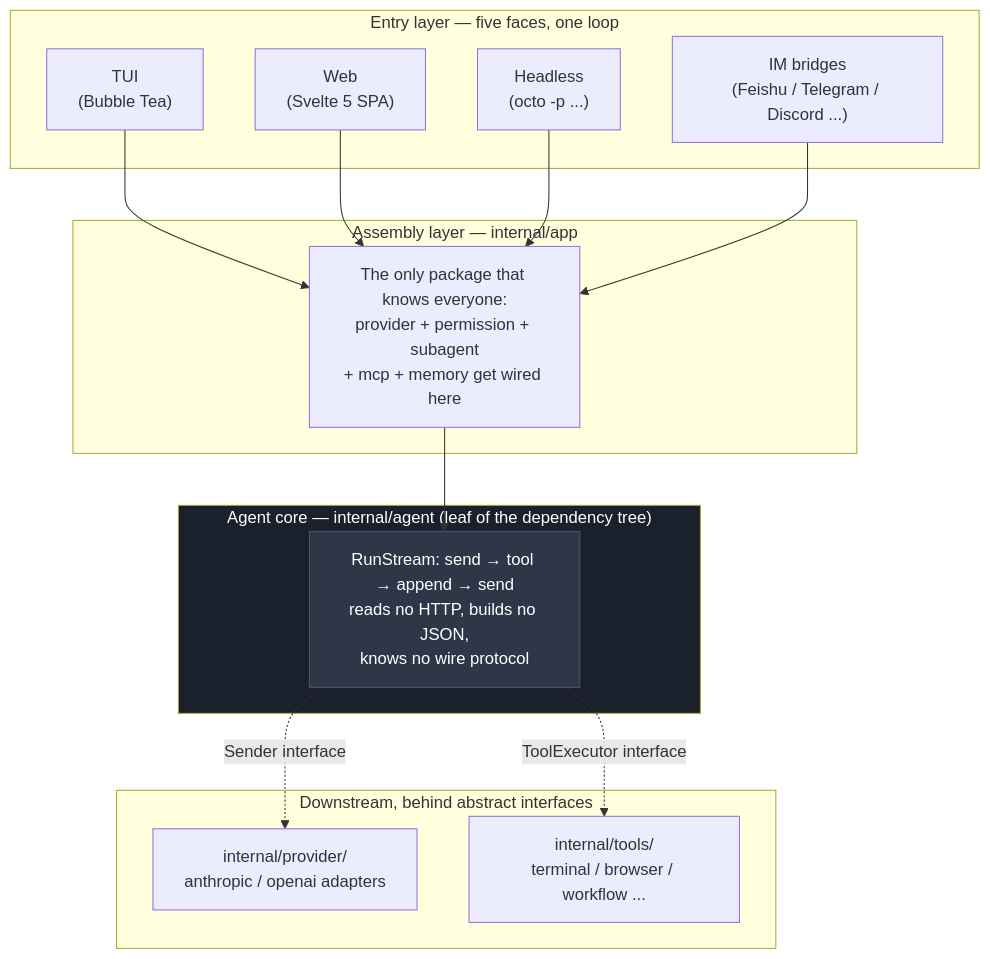
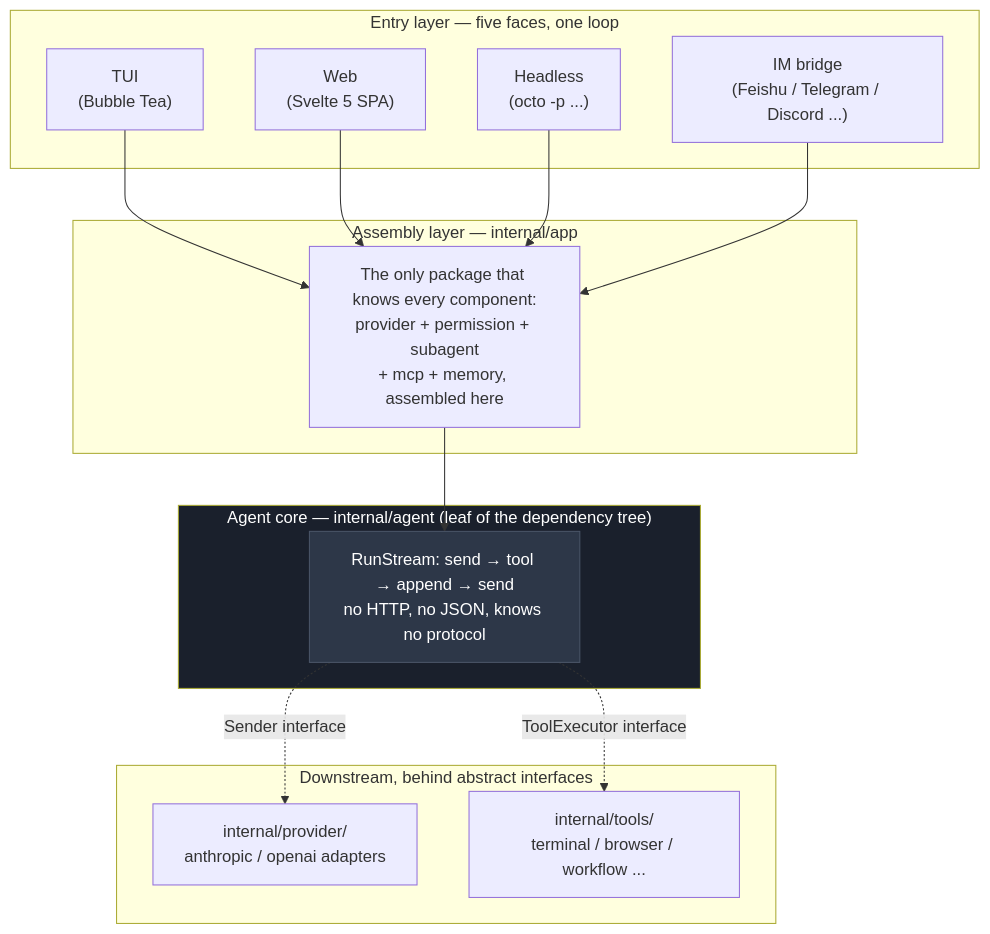
Before and after one commit to qwer233qq/octo-agent: the first of 5 diagrams in blog/src/content/posts/en/architecture-deep-dive.md, drawn with Mermaid. The commit also changed other lines of this file and 1 other file, not shown here.

````diff
--- a/blog/src/content/posts/en/architecture-deep-dive.md
+++ b/blog/src/content/posts/en/architecture-deep-dive.md
@@ -20,33 +30,33 @@
 ```mermaid
 flowchart TB
-    subgraph Entries["Entry layer — five faces, one loop"]
+    subgraph Entry["Entry layer — five faces, one loop"]
         TUI["TUI<br/>(Bubble Tea)"]
         Web["Web<br/>(Svelte 5 SPA)"]
         Headless["Headless<br/>(octo -p ...)"]
-        IM["IM bridges<br/>(Feishu / Telegram / Discord ...)"]
+        IM["IM bridge<br/>(Feishu / Telegram / Discord ...)"]
     end
 
     subgraph Assembly["Assembly layer — internal/app"]
-        App["The only package that knows everyone:<br/>provider + permission + subagent<br/>+ mcp + memory get wired here"]
+        App["The only package that knows every component:<br/>provider + permission + subagent<br/>+ mcp + memory, assembled here"]
     end
 
     subgraph Core["Agent core — internal/agent (leaf of the dependency tree)"]
-        Agent["RunStream: send → tool → append → send<br/>reads no HTTP, builds no JSON,<br/>knows no wire protocol"]
+        Agent["RunStream: send → tool → append → send<br/>no HTTP, no JSON, knows no protocol"]
     end
 
     subgraph Downstream["Downstream, behind abstract interfaces"]
         Provider["internal/provider/<br/>anthropic / openai adapters"]
         Tools["internal/tools/<br/>terminal / browser / workflow ..."]
     end
 
     TUI --> App
     Web --> App
     Headless --> App
     IM --> App
     App --> Agent
     Agent -.->|Sender interface| Provider
     Agent -.->|ToolExecutor interface| Tools
 
     style Agent fill:#2d3748,color:#fff,stroke:#4a5568
     style Core fill:#1a202c,color:#fff
 ```
````
